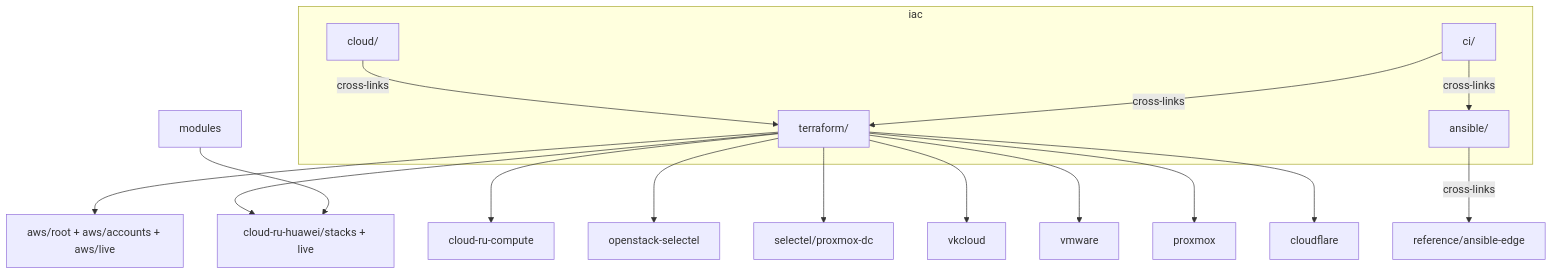
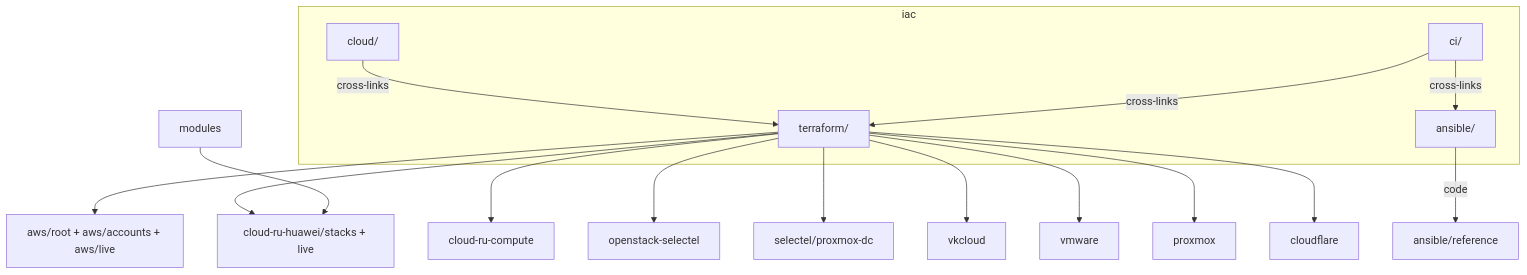
The diagram in iac/README.md (NarberallGamma/narberall-platform-engineer-lab), drawn with Mermaid before and after one commit. The commit also changed other lines of this file and 399 other files, not shown here.

````diff
--- a/iac/README.md
+++ b/iac/README.md
@@ -26,23 +26,23 @@
 ```mermaid
 flowchart TB
   subgraph iac [iac]
     Cloud[cloud/]
     TF[terraform/]
     ANS[ansible/]
     CI[ci/]
   end
   Cloud -->|cross-links| TF
-  ANS -->|cross-links| RefAns[reference/ansible-edge]
+  ANS -->|code| RefAns[ansible/reference]
   CI -->|cross-links| TF
   CI -->|cross-links| ANS
   TF --> AWS[aws/root + aws/accounts + aws/live]
   TF --> CR[cloud-ru-huawei/stacks + live]
   TF --> CRC[cloud-ru-compute]
   TF --> OS[openstack-selectel]
   TF --> SEL[selectel/proxmox-dc]
   TF --> VK[vkcloud]
   TF --> VMw[vmware]
   TF --> PX[proxmox]
   TF --> CF[cloudflare]
   Mods[modules] --> CR
 ```
````
